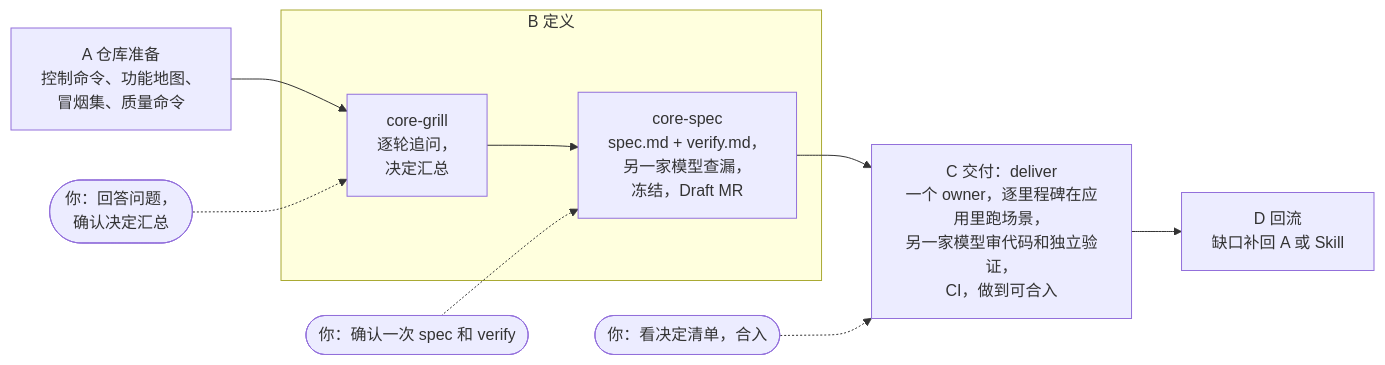
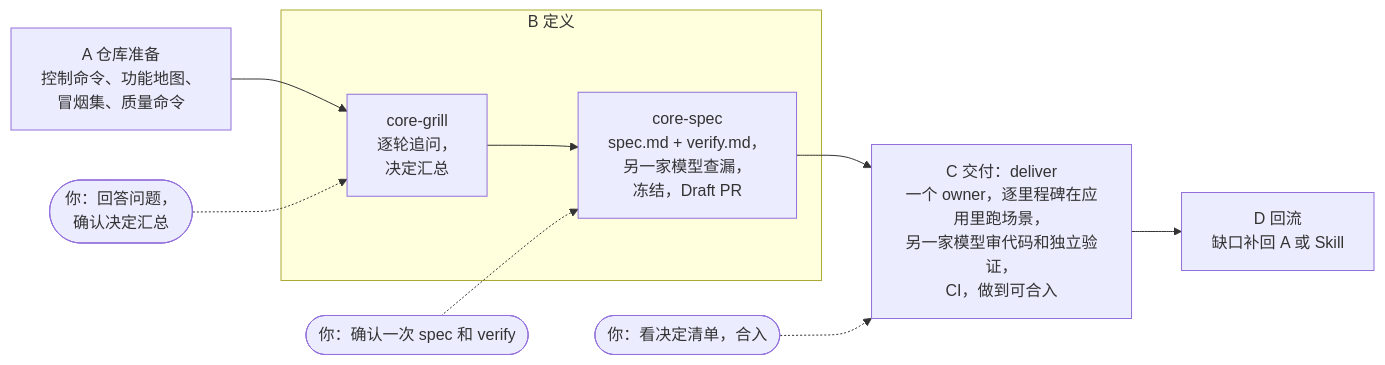
Before and after one commit to coder-xieshijie/dev-skills: the diagram in README.zh-CN.md, drawn with Mermaid. The commit also changed other lines of this file and 1 other file, not shown here.

````diff
--- a/README.zh-CN.md
+++ b/README.zh-CN.md
@@ -9,12 +11,12 @@
 ```mermaid
 flowchart LR
     A["A 仓库准备<br/>控制命令、功能地图、<br/>冒烟集、质量命令"] --> B1
     subgraph B["B 定义"]
-        B1["core-grill<br/>逐轮追问，<br/>决定汇总"] --> B2["core-spec<br/>spec.md + verify.md，<br/>另一家模型查漏，<br/>冻结，Draft MR"]
+        B1["core-grill<br/>逐轮追问，<br/>决定汇总"] --> B2["core-spec<br/>spec.md + verify.md，<br/>另一家模型查漏，<br/>冻结，Draft PR"]
     end
     B2 --> C["C 交付：deliver<br/>一个 owner，逐里程碑在应用里跑场景，<br/>另一家模型审代码和独立验证，<br/>CI，做到可合入"]
     C --> D["D 回流<br/>缺口补回 A 或 Skill"]
     H1(["你：回答问题，<br/>确认决定汇总"]) -.-> B1
     H2(["你：确认一次 spec 和 verify"]) -.-> B2
     H3(["你：看决定清单，合入"]) -.-> C
 ```
````
